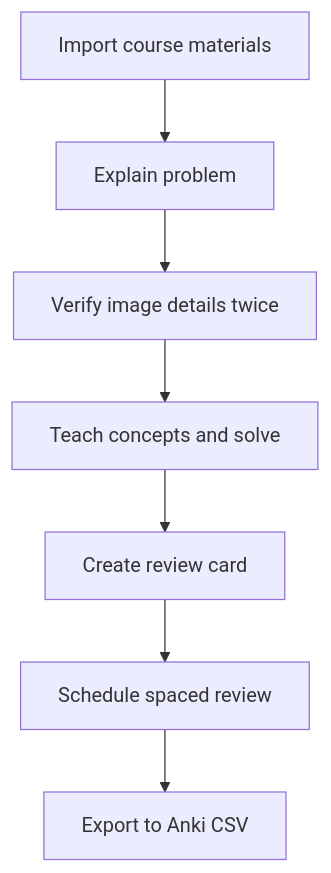
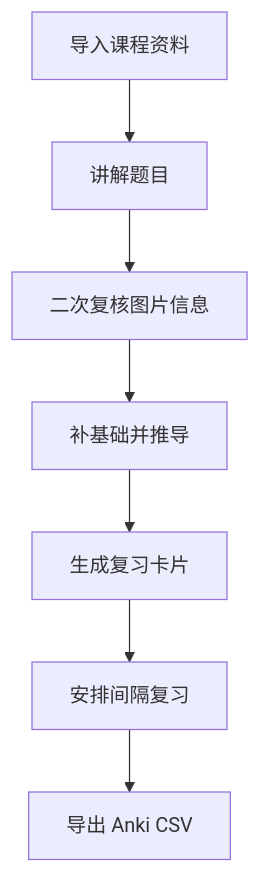
One commit to Tarschu/ai-study-tutor changed the diagram in README.md. Above: the diagram before and after it, drawn with Mermaid. The commit also changed other lines of this file and 2 other files, not shown here.

````diff
--- a/README.md
+++ b/README.md
@@ -62,9 +64,9 @@
 ```mermaid
 flowchart TD
-  A["Import course materials"] --> B["Explain problem"]
-  B --> C["Verify image details twice"]
-  C --> D["Teach concepts and solve"]
-  D --> E["Create review card"]
-  E --> F["Schedule spaced review"]
-  F --> G["Export to Anki CSV"]
+  A["导入课程资料"] --> B["讲解题目"]
+  B --> C["二次复核图片信息"]
+  C --> D["补基础并推导"]
+  D --> E["生成复习卡片"]
+  E --> F["安排间隔复习"]
+  F --> G["导出 Anki CSV"]
 ```
````
